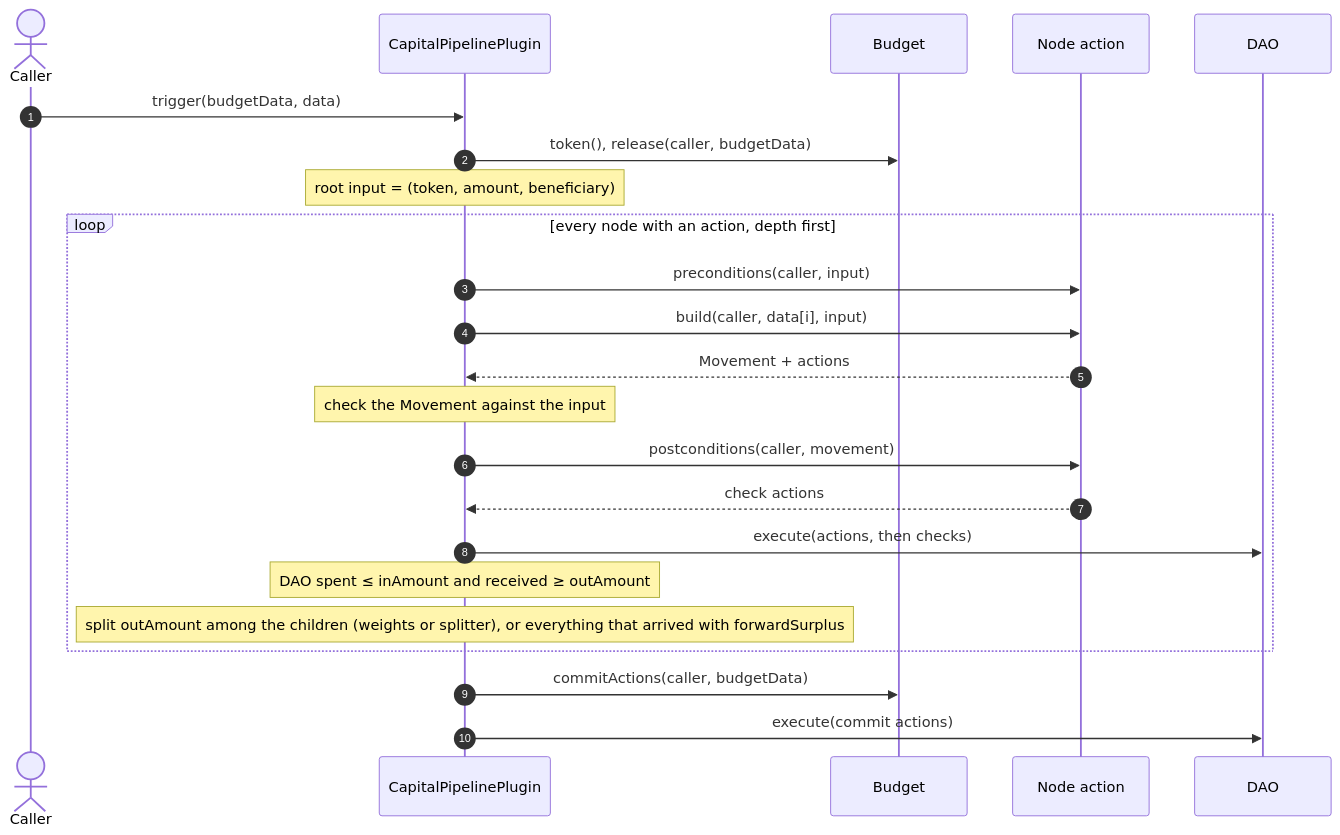
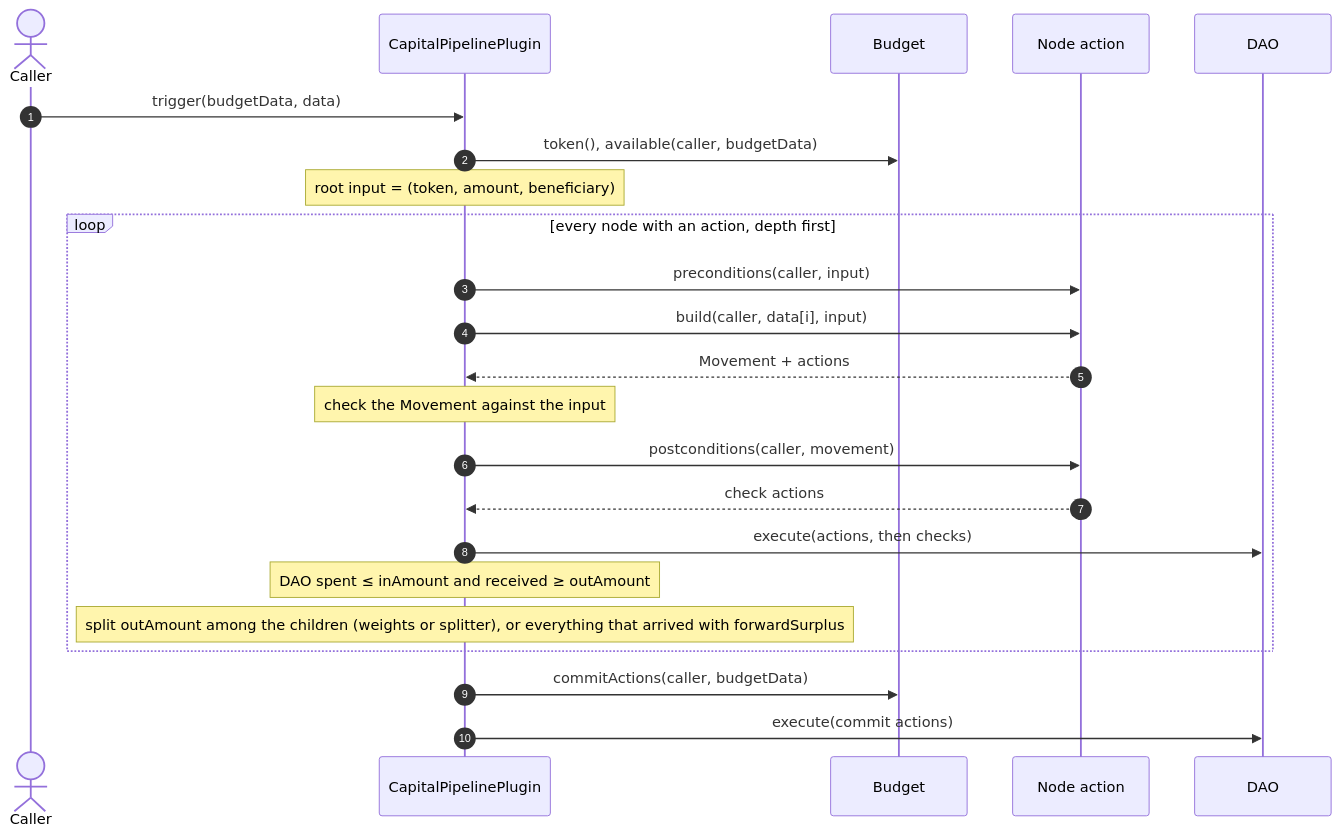
Before and after one commit to antfarm-official/tree-capital: the second of 10 diagrams in README.md, drawn with Mermaid. The commit also changed other lines of this file and 18 other files, not shown here.

First line of the commit message:
Merge release into available on IBudget

````diff
--- a/README.md
+++ b/README.md
@@ -61,26 +61,26 @@
 ```mermaid
 sequenceDiagram
     autonumber
     actor Caller
     participant Plugin as CapitalPipelinePlugin
     participant Budget
     participant Action as Node action
     participant DAO
 
     Caller->>Plugin: trigger(budgetData, data)
-    Plugin->>Budget: token(), release(caller, budgetData)
+    Plugin->>Budget: token(), available(caller, budgetData)
     Note over Plugin: root input = (token, amount, beneficiary)
     loop every node with an action, depth first
         Plugin->>Action: preconditions(caller, input)
         Plugin->>Action: build(caller, data[i], input)
         Action-->>Plugin: Movement + actions
         Note over Plugin: check the Movement against the input
         Plugin->>Action: postconditions(caller, movement)
         Action-->>Plugin: check actions
         Plugin->>DAO: execute(actions, then checks)
         Note over Plugin: DAO spent ≤ inAmount and received ≥ outAmount
         Note over Plugin: split outAmount among the children (weights or splitter), or everything that arrived with forwardSurplus
     end
     Plugin->>Budget: commitActions(caller, budgetData)
     Plugin->>DAO: execute(commit actions)
 ```
````
